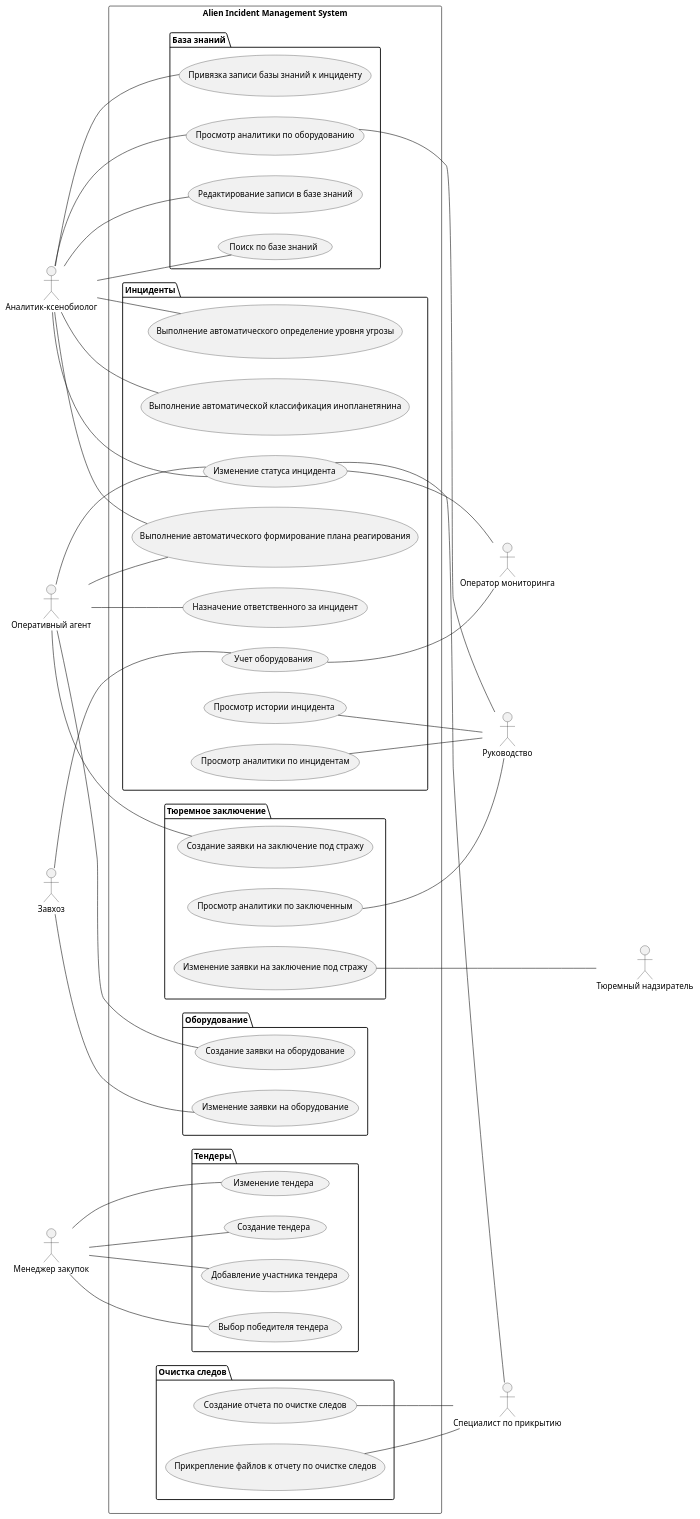
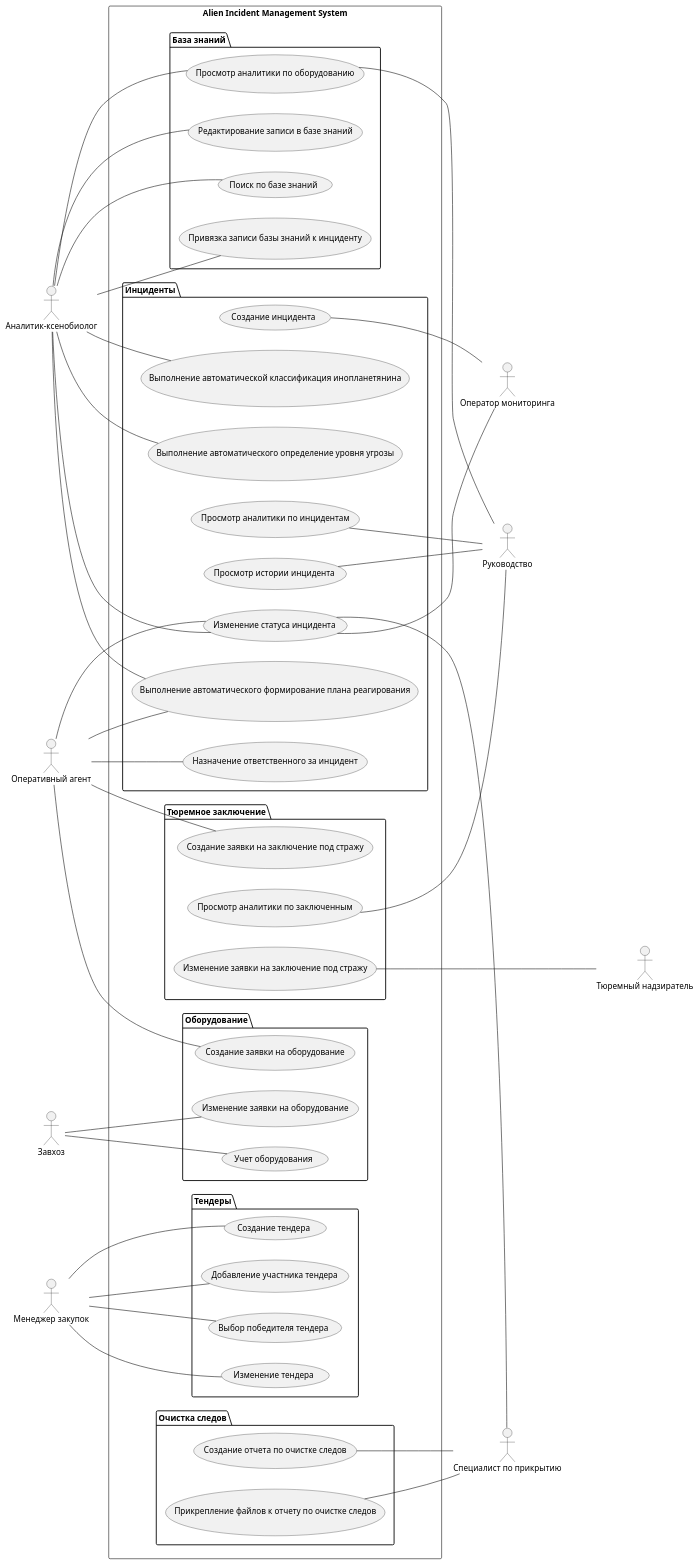
One commit to Andryss/AIMS changed the diagram in UseCase.md. Above: the diagram before and after it, drawn with PlantUML. The commit also changed 2 other files, not shown here.

Commit message:
UseCase 1.1

```diff
--- a/UseCase.md
+++ b/UseCase.md
@@ -17,7 +17,7 @@
 
 package "Инциденты" {
 
-(Создание инцидента) as UC33
+(Создание инцидента) as UC11
 (Изменение статуса инцидента) as UC12
 (Просмотр истории инцидента) as UC13
 (Назначение ответственного за инцидент) as UC14
@@ -76,7 +76,7 @@
 
 }
 
-UC33 -- Operator
+UC11 -- Operator
 UC12 -- Operator
 
 Analyst -- UC12
```
